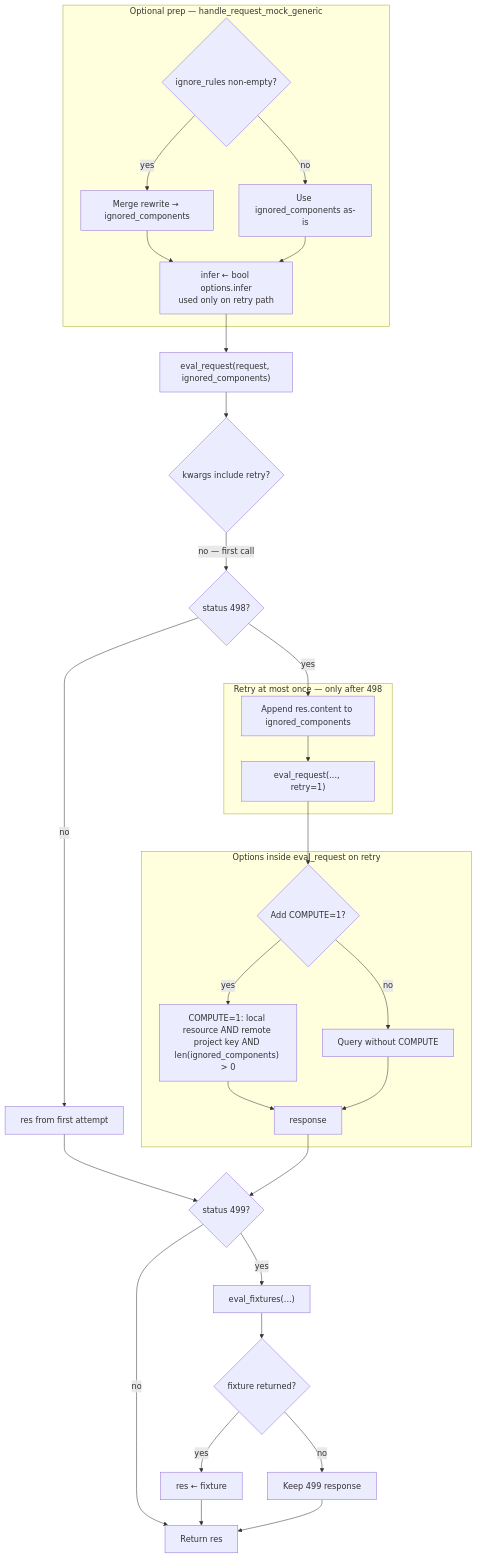
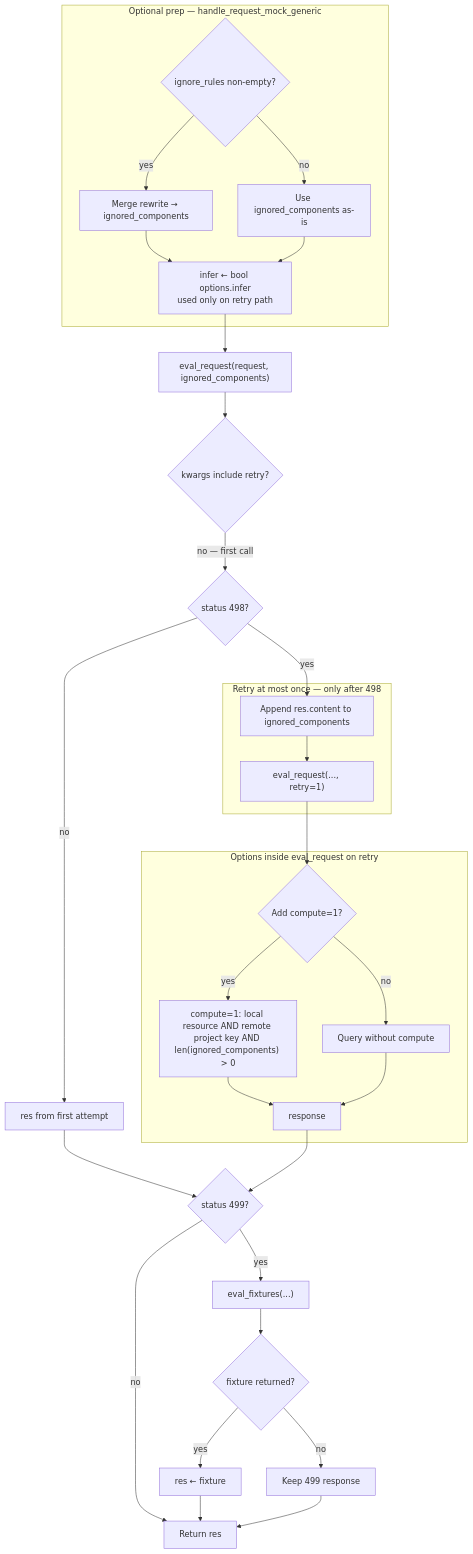
One commit to Stoobly/stoobly-agent changed the first of 2 diagrams in docs/mock-request-matching.md. Above: the diagram before and after it, drawn with Mermaid. The commit also changed other lines of this file, not shown here.

Commit message:
Simplify diagram

````diff
--- a/docs/mock-request-matching.md
+++ b/docs/mock-request-matching.md
@@ -21,49 +21,49 @@
 ```mermaid
 flowchart TB
   subgraph prep [Optional prep — handle_request_mock_generic]
     IG{ignore_rules non-empty?}
     IG -->|yes| MERGE[Merge rewrite → ignored_components]
     IG -->|no| IG0[Use ignored_components as-is]
     MERGE --> INIT
     IG0 --> INIT
     INIT["infer ← bool options.infer<br/>used only on retry path"]
   end
 
   INIT --> E1["eval_request(request, ignored_components)"]
 
   E1 --> K1{kwargs include retry?}
   K1 -->|no — first call| D498{status 498?}
 
   subgraph retry_once [Retry at most once — only after 498]
     APP[Append res.content to ignored_components]
     E2["eval_request(..., retry=1)"]
     APP --> E2
   end
 
   subgraph opt_retry [Options inside eval_request on retry]
-    CP{Add COMPUTE=1?}
-    CP -->|yes| WCOMP["COMPUTE=1: local resource AND remote project key AND len(ignored_components) > 0"]
-    CP -->|no| NOCOMP[Query without COMPUTE]
+    CP{Add compute=1?}
+    CP -->|yes| WCOMP["compute=1: local resource AND remote project key AND len(ignored_components) > 0"]
+    CP -->|no| NOCOMP[Query without compute]
     WCOMP --> RES2[response]
     NOCOMP --> RES2
   end
 
   E2 --> CP
 
   D498 -->|yes| APP
   D498 -->|no| RES1[res from first attempt]
 
   RES1 --> D499
   RES2 --> D499
 
   D499{status 499?}
 
   D499 -->|yes| EF["eval_fixtures(...)"]
   D499 -->|no| OUT[Return res]
 
   EF --> FX{fixture returned?}
   FX -->|yes| USEFX[res ← fixture]
   FX -->|no| KEEP499[Keep 499 response]
   USEFX --> OUT
   KEEP499 --> OUT
 ```
````
